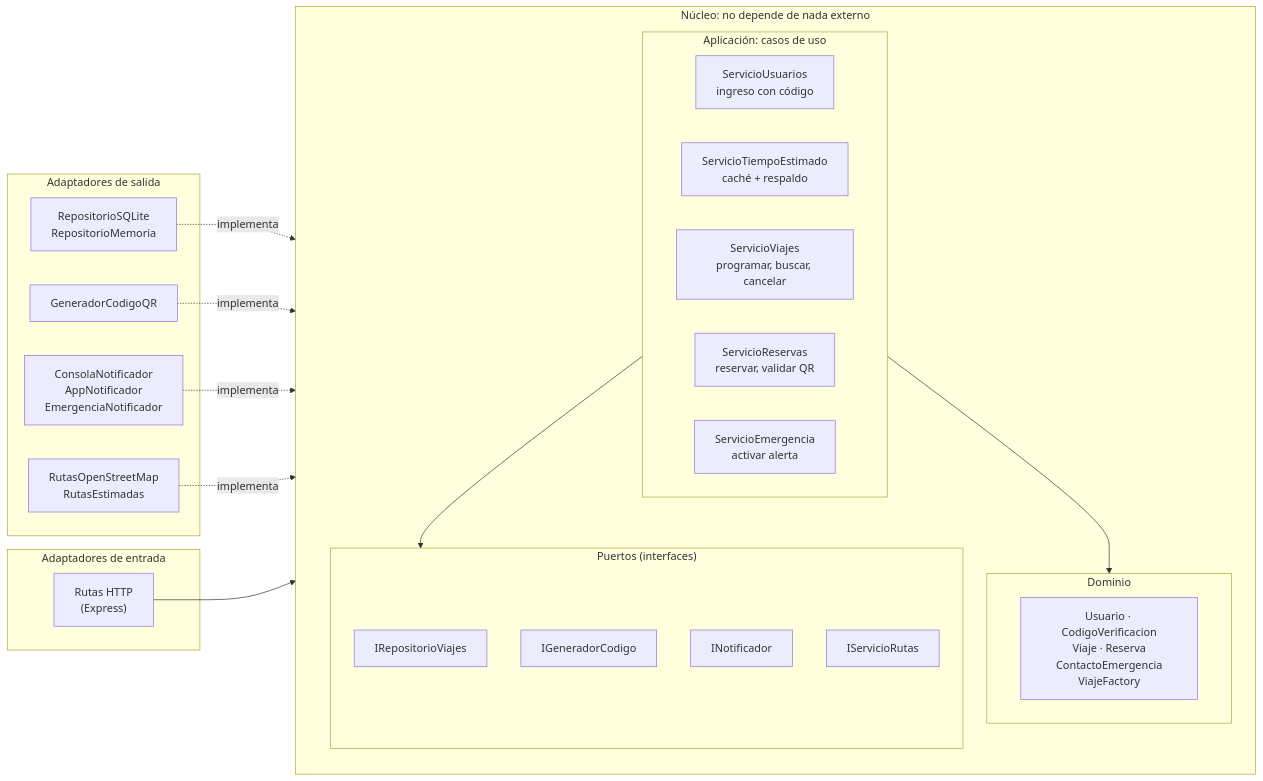
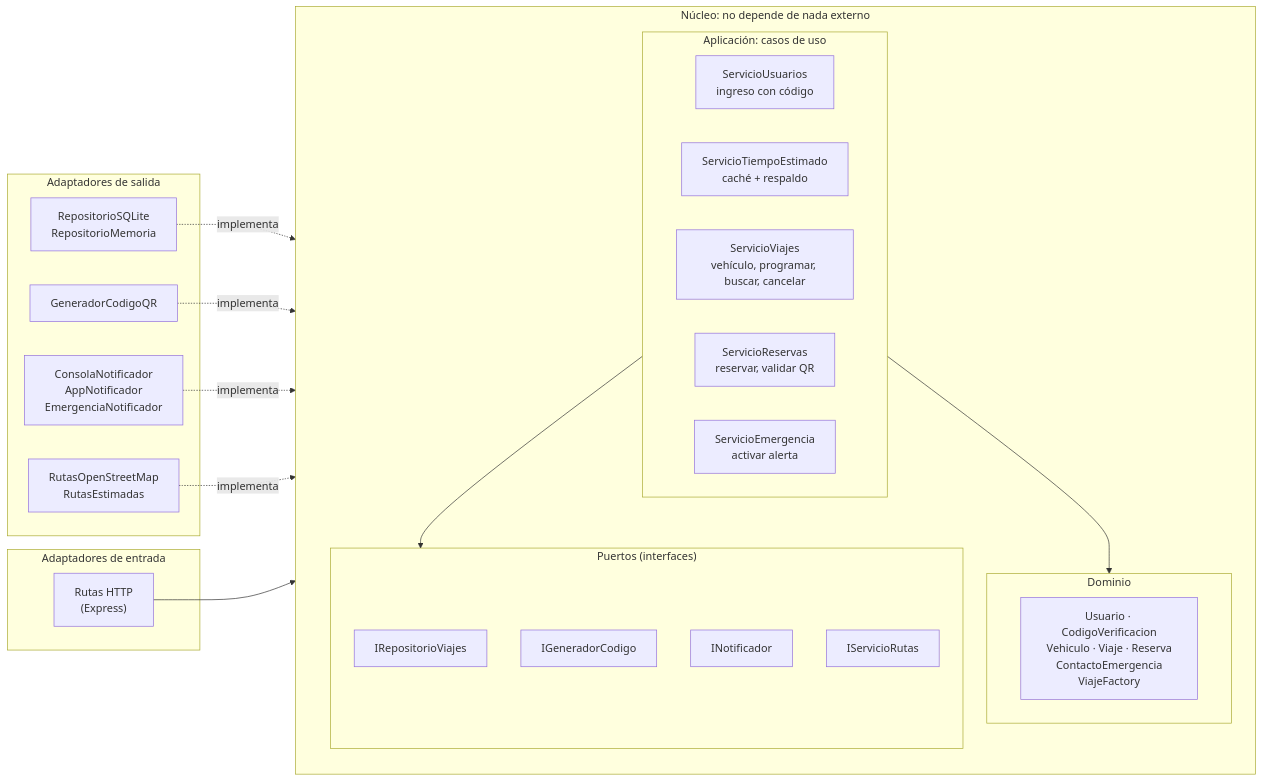
One commit to DanielForero14/Wheels-alternative changed the fourth of 4 diagrams in docs/arquitectura.md. Above: the diagram before and after it, drawn with Mermaid. The commit also changed other lines of this file and 21 other files, not shown here.

````diff
--- a/docs/arquitectura.md
+++ b/docs/arquitectura.md
@@ -148,41 +149,41 @@
 ```mermaid
 flowchart LR
     subgraph ENTRADA["Adaptadores de entrada"]
         Rutas["Rutas HTTP<br/>(Express)"]
     end
 
     subgraph NUCLEO["Núcleo: no depende de nada externo"]
         direction TB
         subgraph APLICACION["Aplicación: casos de uso"]
             SU["ServicioUsuarios<br/>ingreso con código"]
             ST["ServicioTiempoEstimado<br/>caché + respaldo"]
-            SV["ServicioViajes<br/>programar, buscar, cancelar"]
+            SV["ServicioViajes<br/>vehículo, programar, buscar, cancelar"]
             SR["ServicioReservas<br/>reservar, validar QR"]
             SE["ServicioEmergencia<br/>activar alerta"]
         end
         subgraph DOMINIO["Dominio"]
-            D["Usuario · CodigoVerificacion<br/>Viaje · Reserva<br/>ContactoEmergencia<br/>ViajeFactory"]
+            D["Usuario · CodigoVerificacion<br/>Vehiculo · Viaje · Reserva<br/>ContactoEmergencia<br/>ViajeFactory"]
         end
         subgraph PUERTOS["Puertos (interfaces)"]
             PRepo["IRepositorioViajes"]
             PQR["IGeneradorCodigo"]
             PNot["INotificador"]
             PRut["IServicioRutas"]
         end
     end
 
     subgraph SALIDA["Adaptadores de salida"]
         Repos["RepositorioSQLite<br/>RepositorioMemoria"]
         QR["GeneradorCodigoQR"]
         Nots["ConsolaNotificador<br/>AppNotificador<br/>EmergenciaNotificador"]
         Rut["RutasOpenStreetMap<br/>RutasEstimadas"]
     end
 
     Rutas --> APLICACION
     APLICACION --> DOMINIO
     APLICACION --> PUERTOS
     Repos -. implementa .-> PRepo
     QR -. implementa .-> PQR
     Nots -. implementa .-> PNot
     Rut -. implementa .-> PRut
 ```
````
